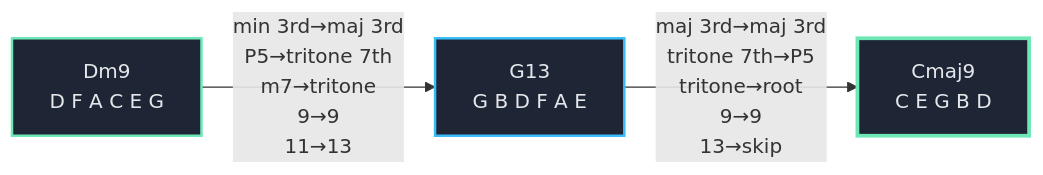
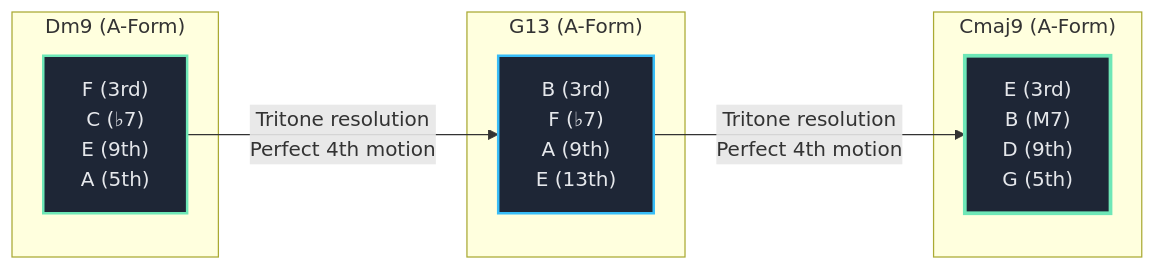
One commit to blebleblee/synapse changed the first of 5 diagrams in topics/arts/composition/jazz_harmony/labs.md. Above: the diagram before and after it, drawn with Mermaid. The commit also changed other lines of this file and 4 other files, not shown here.

````diff
--- a/topics/arts/composition/jazz_harmony/labs.md
+++ b/topics/arts/composition/jazz_harmony/labs.md
@@ -183,9 +324,21 @@
 ```mermaid
 graph LR
-    A["Dm9<br/>D F A C E G"] -->|"min 3rd→maj 3rd<br/>P5→tritone 7th<br/>m7→tritone<br/>9→9<br/>11→13"| B["G13<br/>G B D F A E"]
-    B -->|"maj 3rd→maj 3rd<br/>tritone 7th→P5<br/>tritone→root<br/>9→9<br/>13→skip"| C["Cmaj9<br/>C E G B D"]
+    subgraph sub_dm9 ["Dm9 (A-Form)"]
+        A["F (3rd)<br/>C (♭7)<br/>E (9th)<br/>A (5th)"]
+    end
+    
+    subgraph sub_g13 ["G13 (A-Form)"]
+        B["B (3rd)<br/>F (♭7)<br/>A (9th)<br/>E (13th)"]
+    end
+    
+    subgraph sub_cmaj9 ["Cmaj9 (A-Form)"]
+        C["E (3rd)<br/>B (M7)<br/>D (9th)<br/>G (5th)"]
+    end
+    
+    A -->|"Tritone resolution<br/>Perfect 4th motion"| B
+    B -->|"Tritone resolution<br/>Perfect 4th motion"| C
     
     style A fill:#1E2636,stroke:#6EE7B7,stroke-width:2px,color:#E5E7EB
     style B fill:#1E2636,stroke:#38BDF8,stroke-width:2px,color:#E5E7EB
     style C fill:#1E2636,stroke:#6EE7B7,stroke-width:3px,color:#E5E7EB
 ```
````
